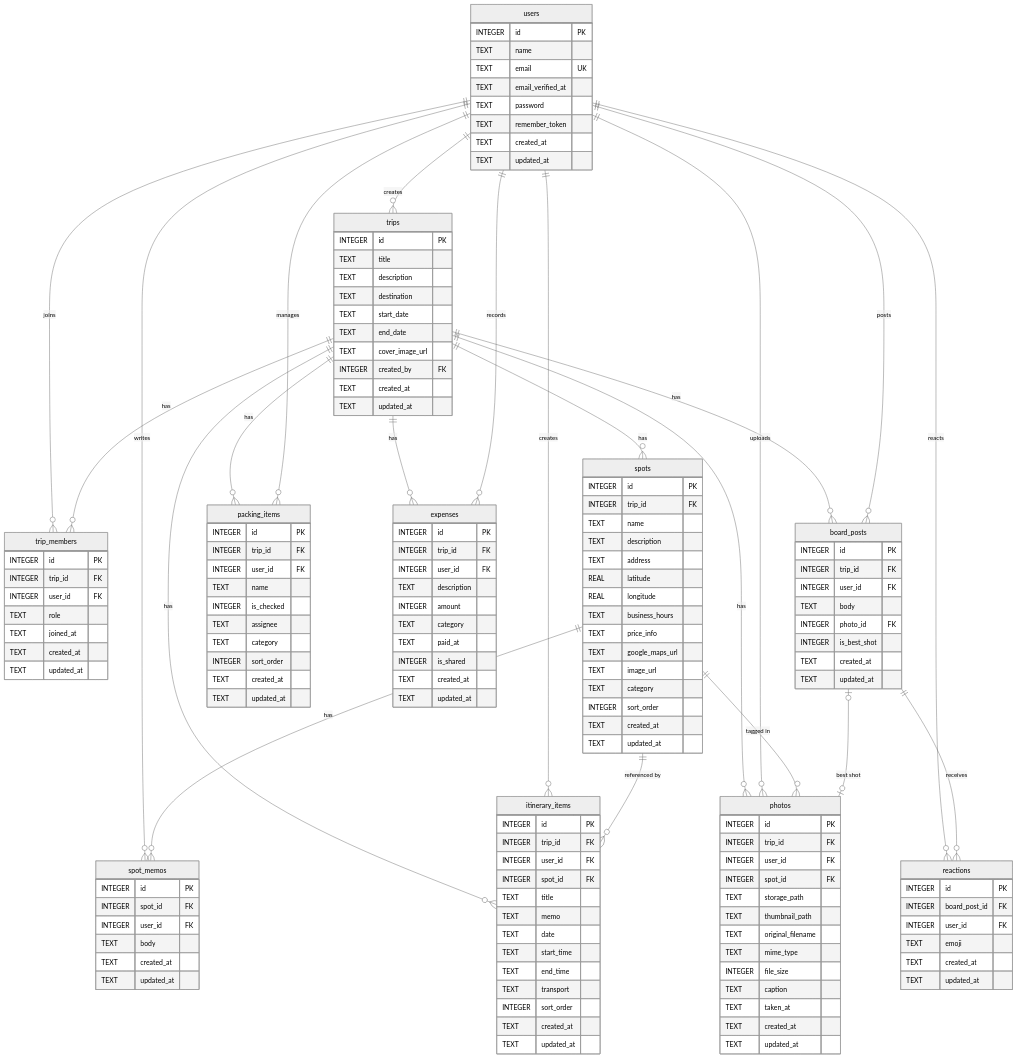
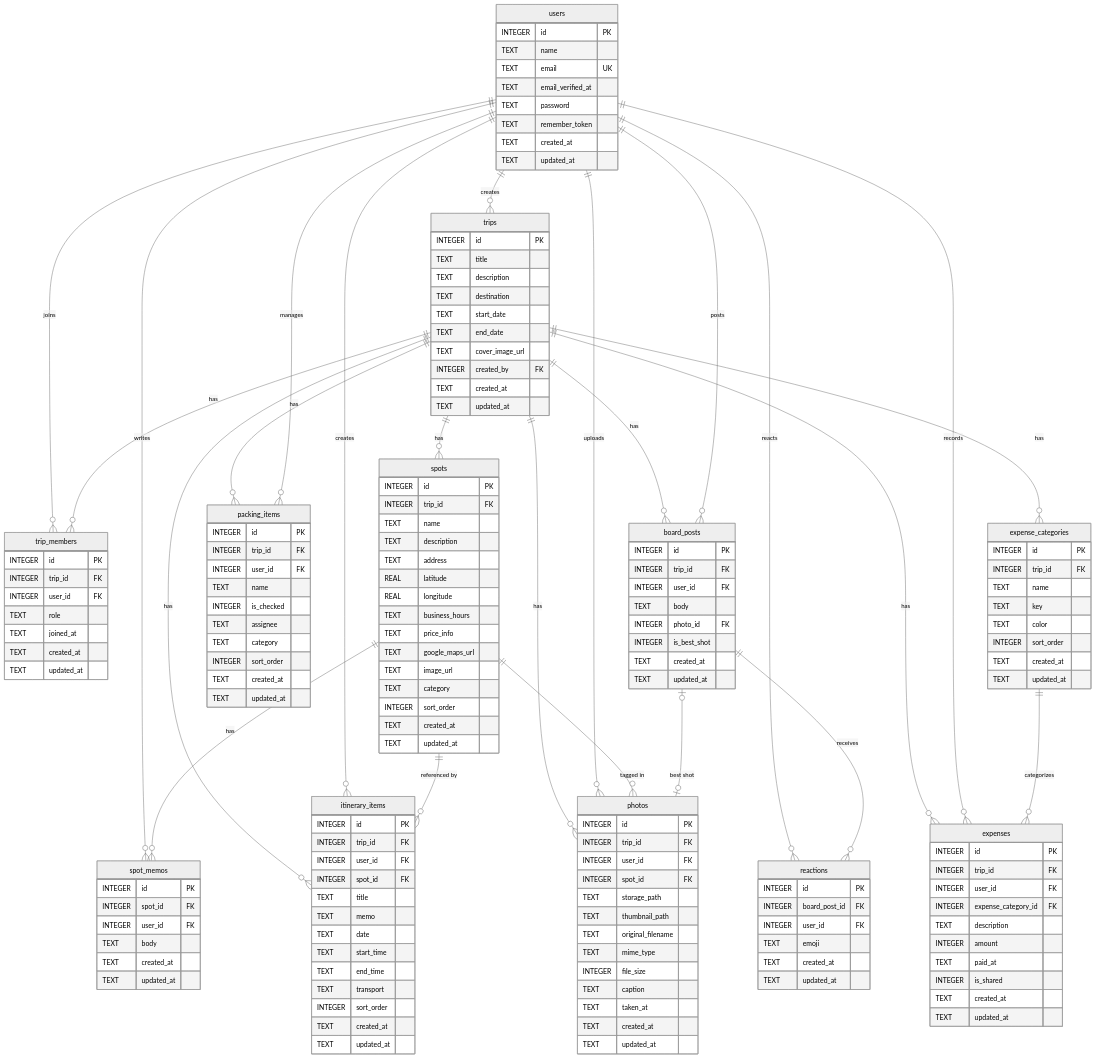
One commit to tdiccccc/trip_app changed the diagram in docs/db/ER.md. Above: the diagram before and after it, drawn with Mermaid (neutral theme). The commit also changed other lines of this file and 54 other files, not shown here.

```diff
--- a/docs/db/ER.md
+++ b/docs/db/ER.md
@@ -137,13 +137,24 @@
         TEXT updated_at
     }
 
+    expense_categories {
+        INTEGER id PK
+        INTEGER trip_id FK
+        TEXT name
+        TEXT key
+        TEXT color
+        INTEGER sort_order
+        TEXT created_at
+        TEXT updated_at
+    }
+
     expenses {
         INTEGER id PK
         INTEGER trip_id FK
         INTEGER user_id FK
+        INTEGER expense_category_id FK
         TEXT description
         INTEGER amount
-        TEXT category
         TEXT paid_at
         INTEGER is_shared
         TEXT created_at
@@ -159,6 +170,7 @@
     trips ||--o{ photos : "has"
     trips ||--o{ board_posts : "has"
     trips ||--o{ packing_items : "has"
+    trips ||--o{ expense_categories : "has"
     trips ||--o{ expenses : "has"
 
     %% users からのリレーション
@@ -170,6 +182,9 @@
     users ||--o{ packing_items : "manages"
     users ||--o{ expenses : "records"
 
+    %% expense_categories からのリレーション
+    expense_categories ||--o{ expenses : "categorizes"
+
     %% spots からのリレーション
     spots ||--o{ spot_memos : "has"
     spots ||--o{ itinerary_items : "referenced by"
```
